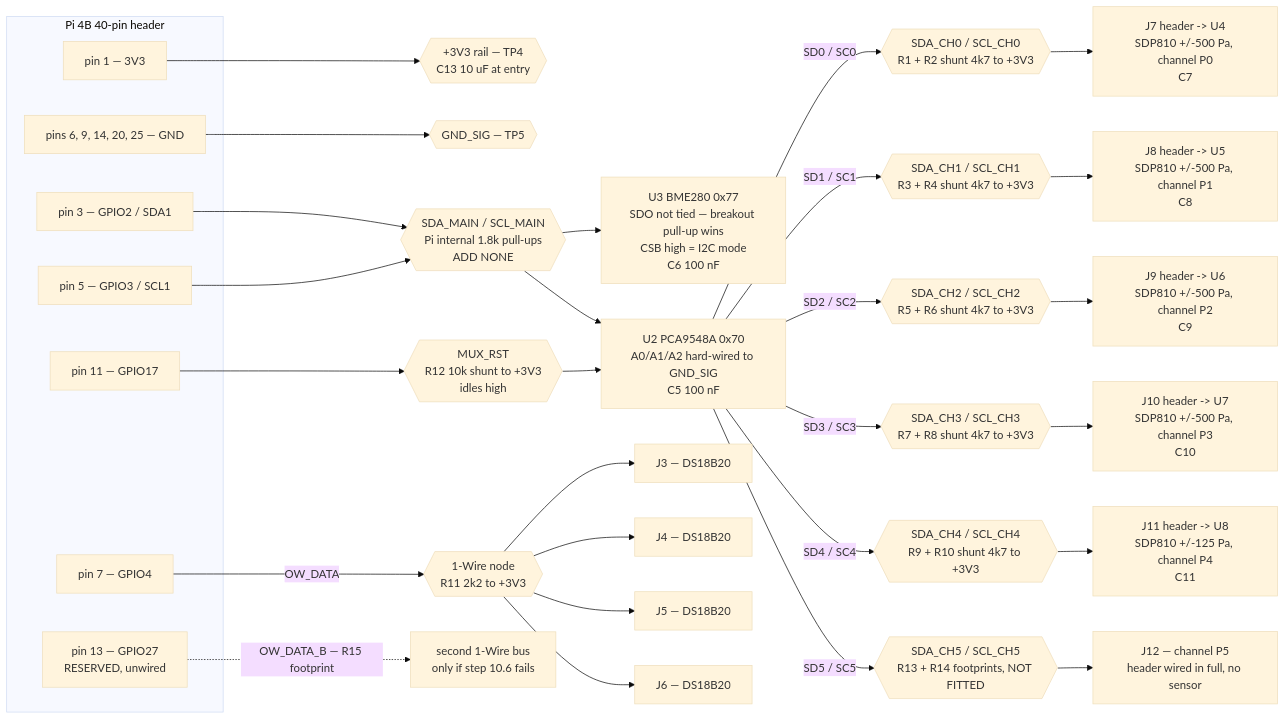
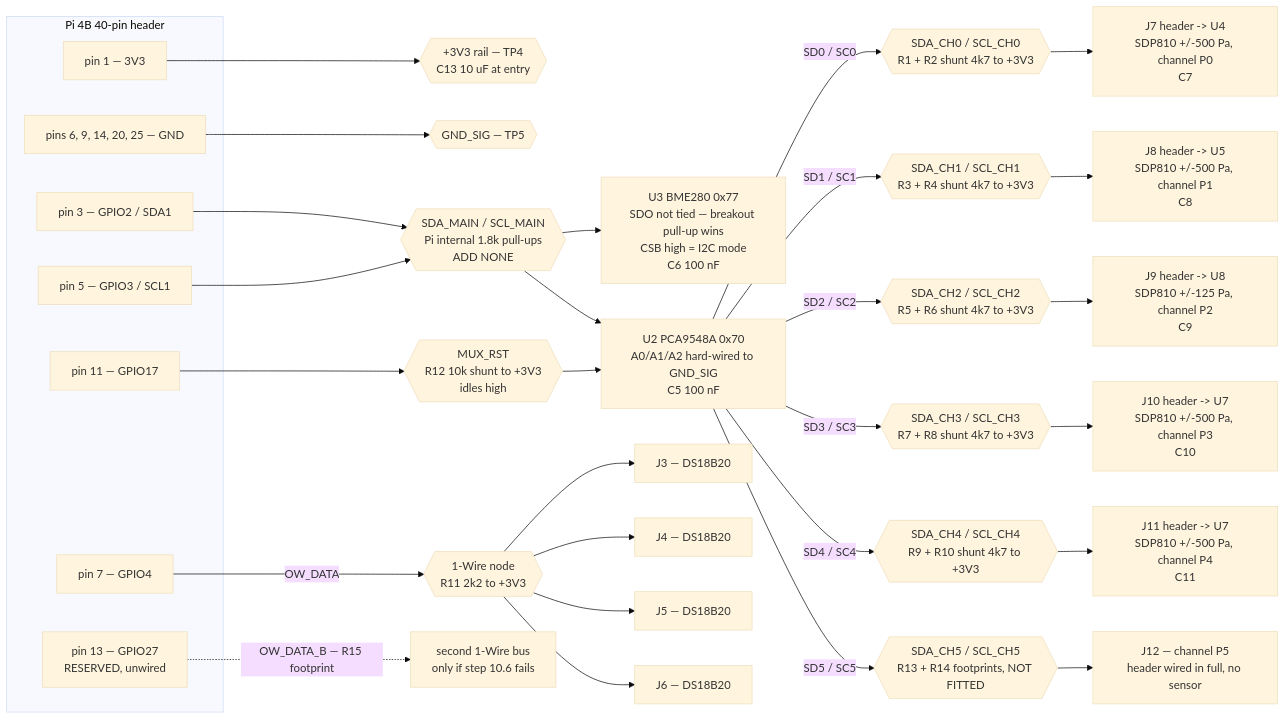
One commit to chrumck/KnurLogger changed the third of 3 diagrams in Hardware/logger-perfboard-wiring.md. Above: the diagram before and after it, drawn with Mermaid (base theme). The commit also changed other lines of this file and 3 other files, not shown here.

````diff
--- a/Hardware/logger-perfboard-wiring.md
+++ b/Hardware/logger-perfboard-wiring.md
@@ -271,36 +272,36 @@
 ```mermaid
 flowchart LR
     subgraph HDR["Pi 4B 40-pin header"]
         H1["pin 1 — 3V3"]
         H3["pin 3 — GPIO2 / SDA1"]
         H5["pin 5 — GPIO3 / SCL1"]
         H7["pin 7 — GPIO4"]
         H11["pin 11 — GPIO17"]
         H13["pin 13 — GPIO27<br/>RESERVED, unwired"]
         HG["pins 6, 9, 14, 20, 25 — GND"]
     end
 
     H1 --> RAIL{{"+3V3 rail — TP4<br/>C13 10 uF at entry"}}
     HG --> GNDS{{"GND_SIG — TP5"}}
 
     H3 --> MB{{"SDA_MAIN / SCL_MAIN<br/>Pi internal 1.8k pull-ups<br/>ADD NONE"}}
     H5 --> MB
     MB --> U3["U3 BME280 0x77<br/>SDO not tied — breakout pull-up wins<br/>CSB high = I2C mode<br/>C6 100 nF"]
     MB --> U2["U2 PCA9548A 0x70<br/>A0/A1/A2 hard-wired to GND_SIG<br/>C5 100 nF"]
 
     H11 --> RST{{"MUX_RST<br/>R12 10k shunt to +3V3<br/>idles high"}} --> U2
 
     U2 -->|"SD0 / SC0"| K0{{"SDA_CH0 / SCL_CH0<br/>R1 + R2 shunt 4k7 to +3V3"}} --> U4["J7 header -> U4<br/>SDP810 +/-500 Pa, channel P0<br/>C7"]
     U2 -->|"SD1 / SC1"| K1{{"SDA_CH1 / SCL_CH1<br/>R3 + R4 shunt 4k7 to +3V3"}} --> U5["J8 header -> U5<br/>SDP810 +/-500 Pa, channel P1<br/>C8"]
-    U2 -->|"SD2 / SC2"| K2{{"SDA_CH2 / SCL_CH2<br/>R5 + R6 shunt 4k7 to +3V3"}} --> U6["J9 header -> U6<br/>SDP810 +/-500 Pa, channel P2<br/>C9"]
+    U2 -->|"SD2 / SC2"| K2{{"SDA_CH2 / SCL_CH2<br/>R5 + R6 shunt 4k7 to +3V3"}} --> U6["J9 header -> U8<br/>SDP810 +/-125 Pa, channel P2<br/>C9"]
     U2 -->|"SD3 / SC3"| K3{{"SDA_CH3 / SCL_CH3<br/>R7 + R8 shunt 4k7 to +3V3"}} --> U7["J10 header -> U7<br/>SDP810 +/-500 Pa, channel P3<br/>C10"]
-    U2 -->|"SD4 / SC4"| K4{{"SDA_CH4 / SCL_CH4<br/>R9 + R10 shunt 4k7 to +3V3"}} --> U8["J11 header -> U8<br/>SDP810 +/-125 Pa, channel P4<br/>C11"]
+    U2 -->|"SD4 / SC4"| K4{{"SDA_CH4 / SCL_CH4<br/>R9 + R10 shunt 4k7 to +3V3"}} --> U8["J11 header -> U7<br/>SDP810 +/-500 Pa, channel P4<br/>C11"]
     U2 -->|"SD5 / SC5"| K5{{"SDA_CH5 / SCL_CH5<br/>R13 + R14 footprints, NOT FITTED"}} --> J12["J12 — channel P5<br/>header wired in full, no sensor"]
 
     H7 -->|OW_DATA| OW{{"1-Wire node<br/>R11 2k2 to +3V3"}}
     OW --> J3["J3 — DS18B20"]
     OW --> J4["J4 — DS18B20"]
     OW --> J5["J5 — DS18B20"]
     OW --> J6["J6 — DS18B20"]
     H13 -.->|"OW_DATA_B — R15 footprint"| SPLIT["second 1-Wire bus<br/>only if step 10.6 fails"]
 ```
````
